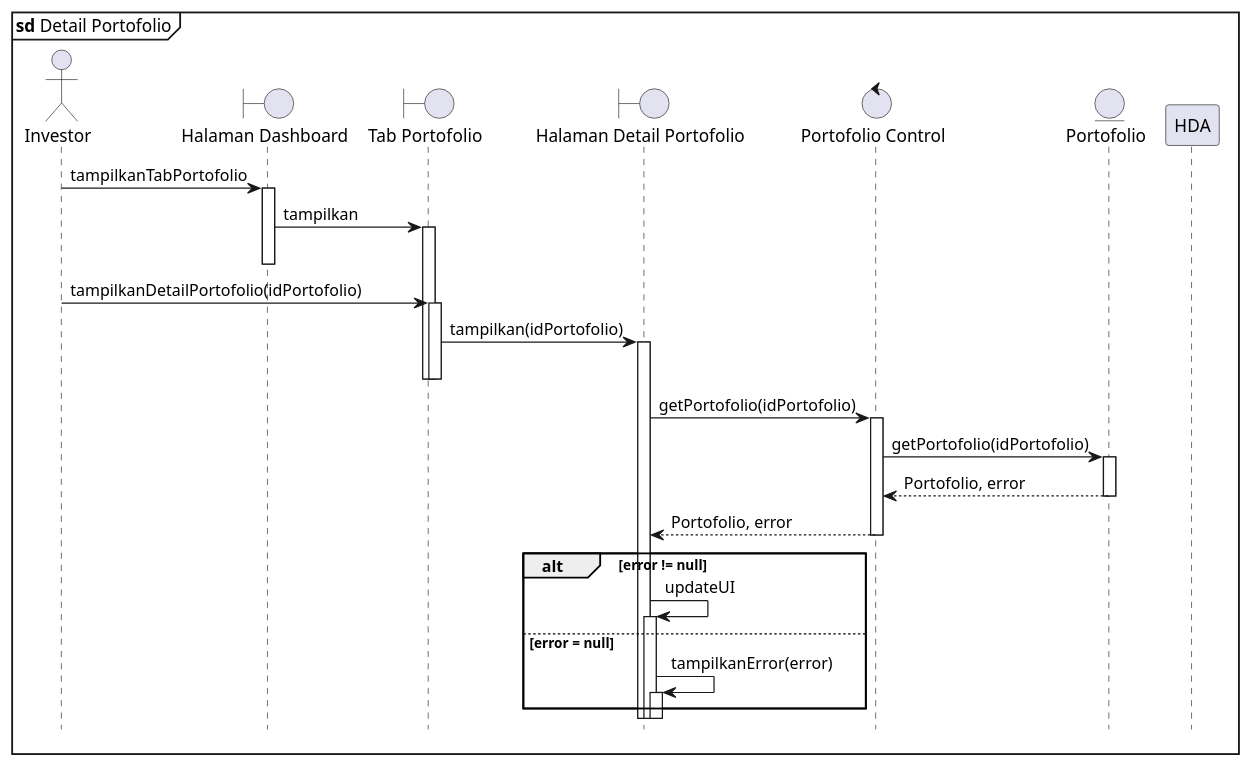
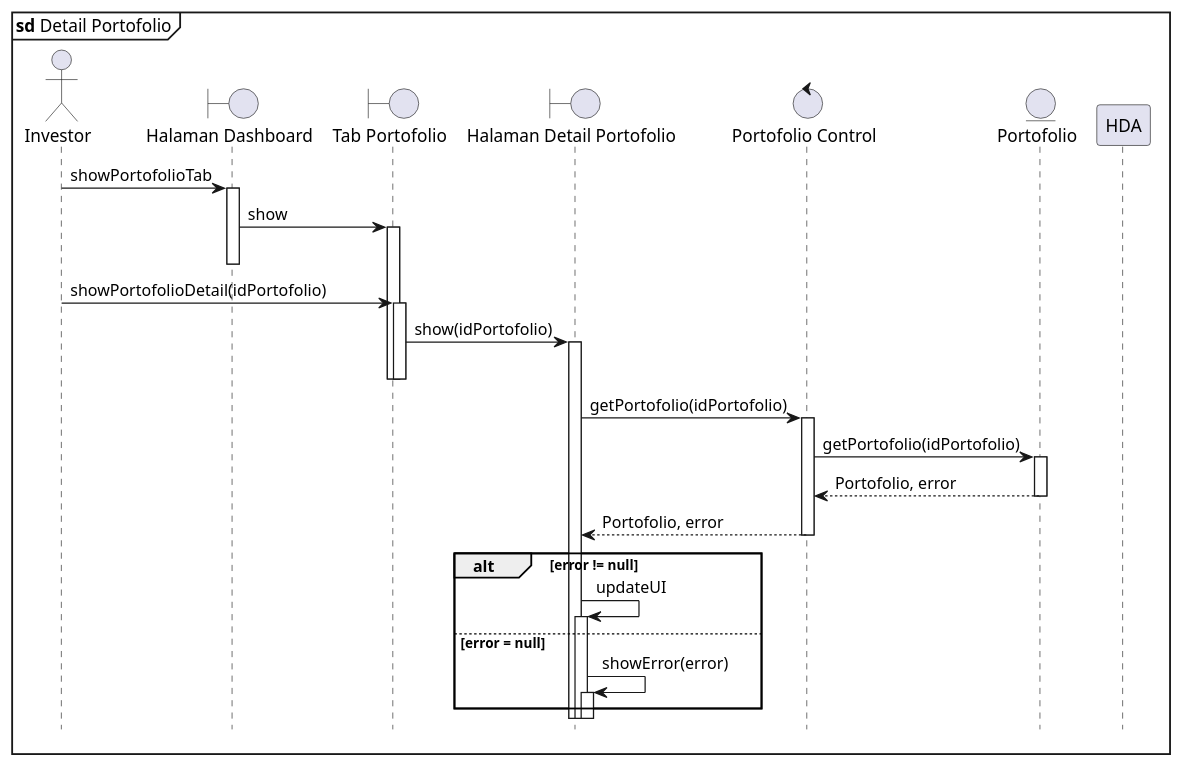
The diagram in sequence/detail-portofolio.puml (clarestarahma/manajemen-investasi), drawn with PlantUML before and after one commit. The commit also changed 12 other files, not shown here.

```diff
--- a/sequence/detail-portofolio.puml
+++ b/sequence/detail-portofolio.puml
@@ -1,43 +1,43 @@
 @startuml Sequence
 
 hide footbox
 autoactivate on
 
 mainframe **sd** Detail Portofolio
 
 actor Investor as I
 boundary "Halaman Dashboard" as HD
 boundary "Tab Portofolio" as TP
 boundary "Halaman Detail Portofolio" as HDP
 control "Portofolio Control" as PC
 entity "Portofolio" as P
 
-I -> HD : tampilkanTabPortofolio
+I -> HD : showPortofolioTab
 
-HD -> TP : tampilkan
+HD -> TP : show
 
 deactivate HD
 
-I -> TP : tampilkanDetailPortofolio(idPortofolio)
-TP -> HDP : tampilkan(idPortofolio)
+I -> TP : showPortofolioDetail(idPortofolio)
+TP -> HDP : show(idPortofolio)
 
 deactivate TP
 deactivate TP
 
 HDP -> PC : getPortofolio(idPortofolio) 
 
 PC -> P : getPortofolio(idPortofolio)
 
 P --> PC : Portofolio, error
 
 PC --> HDP : Portofolio, error
 
 alt error != null
   HDP -> HDP : updateUI
   deactivate HDA
 else error = null
-  HDP -> HDP : tampilkanError(error)
+  HDP -> HDP : showError(error)
   deactivate HDA
 end
 
 @enduml
```
